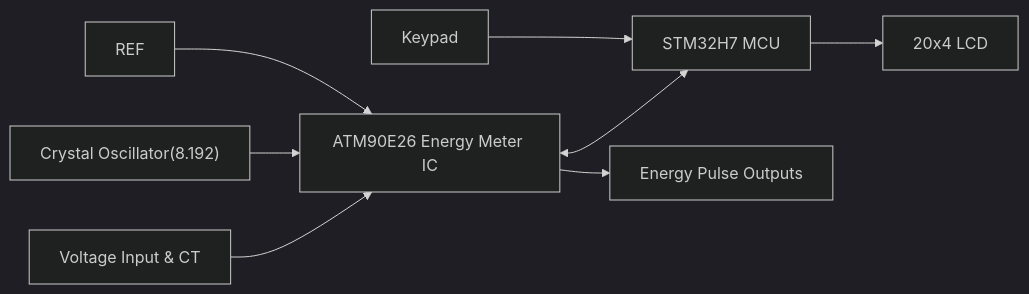
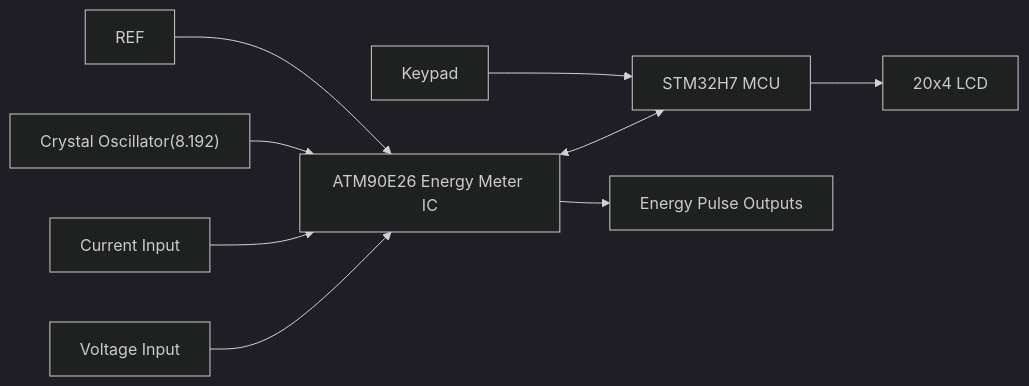
One commit to vaishnavgophane/STM32H7-ATM90E26-ENERGY-METER changed the diagram in README.md. Above: the diagram before and after it, drawn with Mermaid (dark theme).

Commit message:
Update wiring diagram in README.md

````diff
--- a/README.md
+++ b/README.md
@@ -32,21 +32,23 @@
 ```mermaid
 flowchart LR
 
-    Sensors["Voltage Input & CT"]
+    Voltage["Voltage Input"]
+    Current["Current Input"]
     ATM["ATM90E26 Energy Meter IC"]
     MCU["STM32H7 MCU"]
     LCD["20x4 LCD"]
     KEYS["Keypad"]
     XTAL["Crystal Oscillator(8.192)"]
     PULSE["Energy Pulse Outputs"]
 
-    Sensors --> ATM
+    Voltage --> ATM
+    Current --> ATM
     XTAL --> ATM
     REF --> ATM
 
     ATM <--> MCU
 
     ATM --> PULSE
     MCU --> LCD
     KEYS --> MCU
 ```
````
